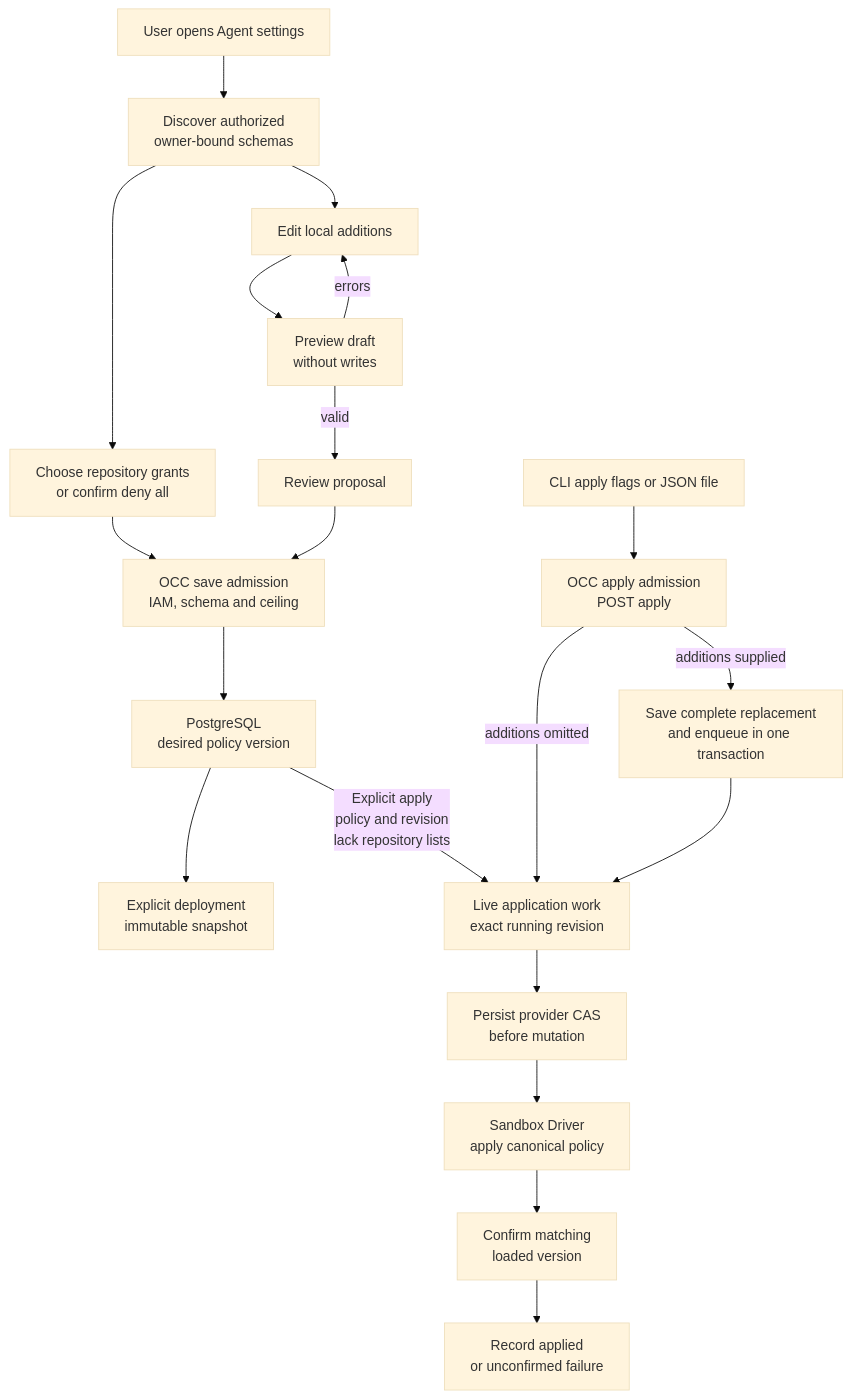
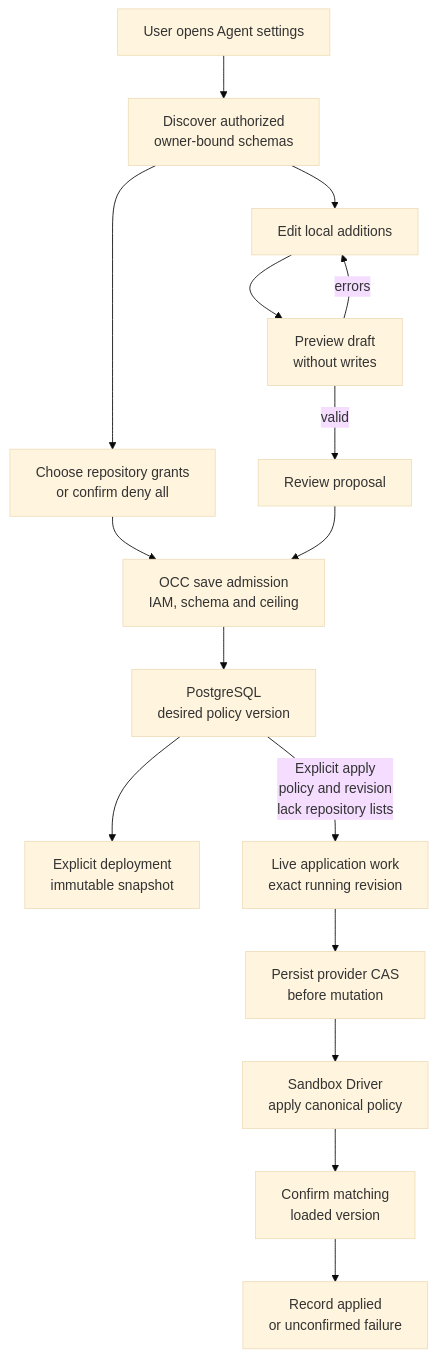
The diagram in docs/flows/agent-sandbox-policy.md (openclaw/openclaw-enterprise), drawn with Mermaid (base theme) before and after one commit. The commit also changed other lines of this file, not shown here.

First line of the commit message:
docs(flows): keep the sandbox policy flow within the word limit

````diff
--- a/docs/flows/agent-sandbox-policy.md
+++ b/docs/flows/agent-sandbox-policy.md
@@ -24,22 +24,18 @@
 ```mermaid
 graph TD
   U["User opens Agent settings"] --> Cfg["Discover authorized<br/>owner-bound schemas"]
   Cfg --> Draft["Edit local additions"]
   Draft --> Preview["Preview draft<br/>without writes"]
   Preview -->|errors| Draft
   Preview -->|valid| U2["Review proposal"]
   Cfg --> Grants["Choose repository grants<br/>or confirm deny all"]
   Grants --> A
   U2 --> A["OCC save admission<br/>IAM, schema and ceiling"]
   A --> P["PostgreSQL<br/>desired policy version"]
   P --> D["Explicit deployment<br/>immutable snapshot"]
   P -->|"Explicit apply<br/>policy and revision<br/>lack repository lists"| W["Live application work<br/>exact running revision"]
-  CLI["CLI apply flags or JSON file"] --> Apply["OCC apply admission<br/>POST apply"]
-  Apply -->|additions supplied| Replace["Save complete replacement<br/>and enqueue in one transaction"]
-  Apply -->|additions omitted| W
-  Replace --> W
   W --> C["Persist provider CAS<br/>before mutation"]
   C --> S["Sandbox Driver<br/>apply canonical policy"]
   S --> V["Confirm matching<br/>loaded version"]
   V --> R["Record applied<br/>or unconfirmed failure"]
 ```
````
